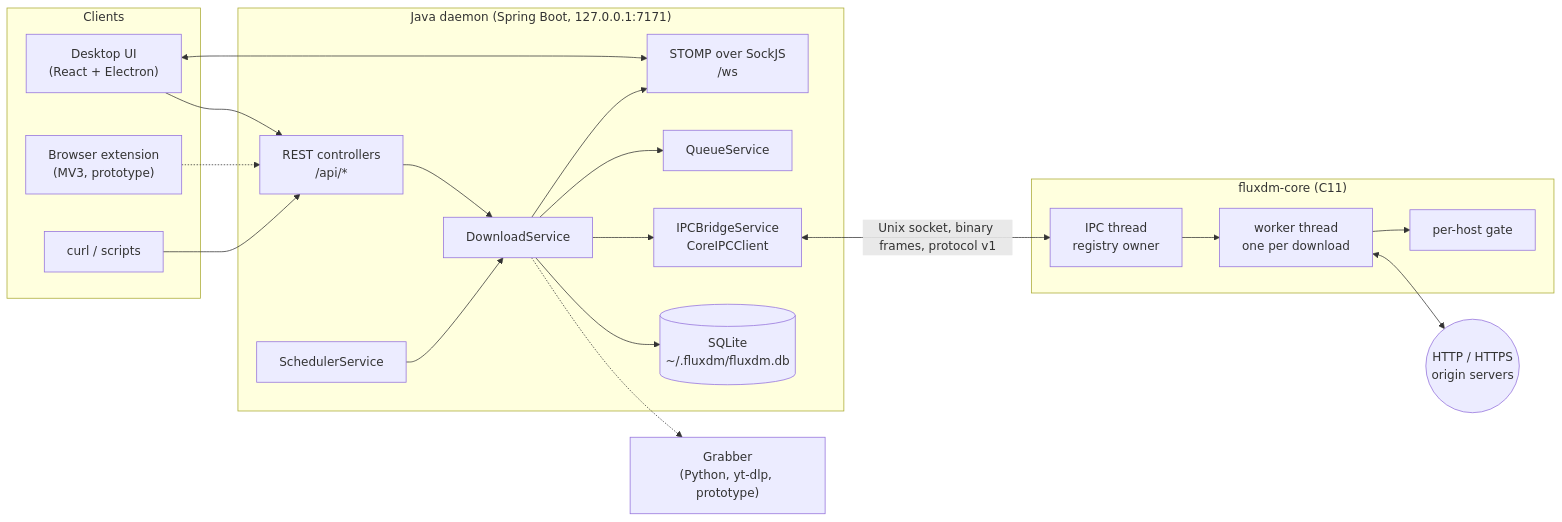
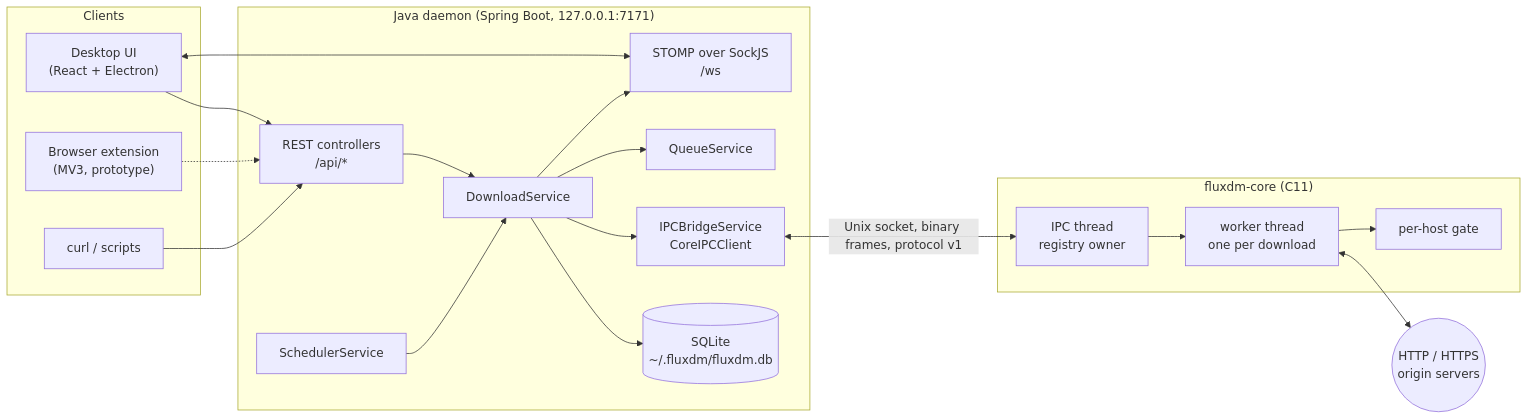
Before and after one commit to PhillipWanjiru/Fluxdm: the first of 5 diagrams in docs/ARCHITECTURE.md, drawn with Mermaid. The commit also changed other lines of this file and 30 other files, not shown here.

````diff
--- a/docs/ARCHITECTURE.md
+++ b/docs/ARCHITECTURE.md
@@ -16,43 +16,41 @@
 ```mermaid
 flowchart LR
     subgraph clients ["Clients"]
         UI["Desktop UI<br/>(React + Electron)"]
         EXT["Browser extension<br/>(MV3, prototype)"]
         CLI["curl / scripts"]
     end
 
     subgraph daemon ["Java daemon (Spring Boot, 127.0.0.1:7171)"]
         REST["REST controllers<br/>/api/*"]
         STOMP["STOMP over SockJS<br/>/ws"]
         DS["DownloadService"]
         QS["QueueService"]
         SS["SchedulerService"]
         BR["IPCBridgeService<br/>CoreIPCClient"]
         DB[("SQLite<br/>~/.fluxdm/fluxdm.db")]
     end
 
     subgraph core ["fluxdm-core (C11)"]
         IPC["IPC thread<br/>registry owner"]
         W["worker thread<br/>one per download"]
         GATE["per-host gate"]
     end
 
-    GR["Grabber<br/>(Python, yt-dlp, prototype)"]
     ORIGIN(("HTTP / HTTPS<br/>origin servers"))
 
     UI --> REST
     UI <--> STOMP
     EXT -.-> REST
     CLI --> REST
     REST --> DS
     DS --> QS
     DS --> DB
     SS --> DS
     DS --> BR
     DS --> STOMP
     BR <-->|"Unix socket, binary frames, protocol v1"| IPC
     IPC --> W
     W --> GATE
     W <--> ORIGIN
-    DS -.-> GR
 ```
````
